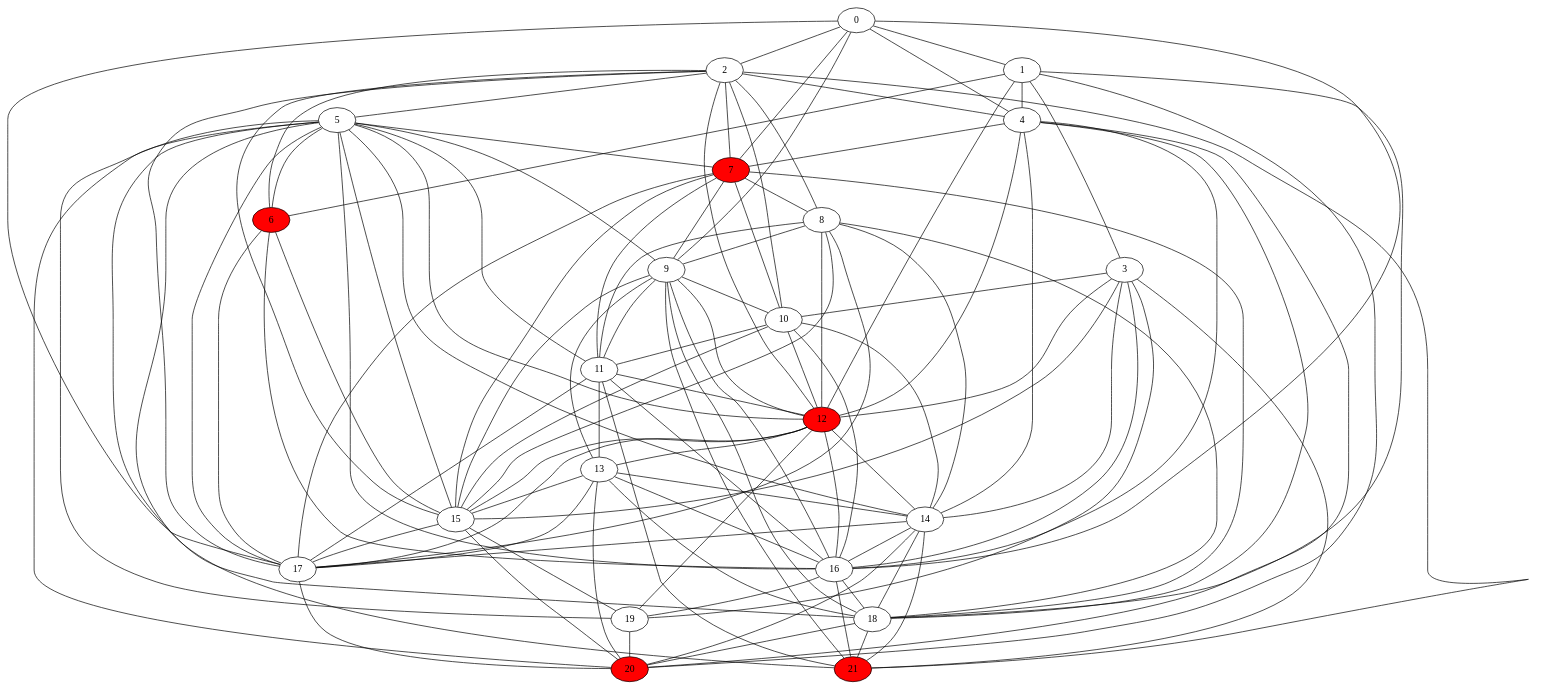
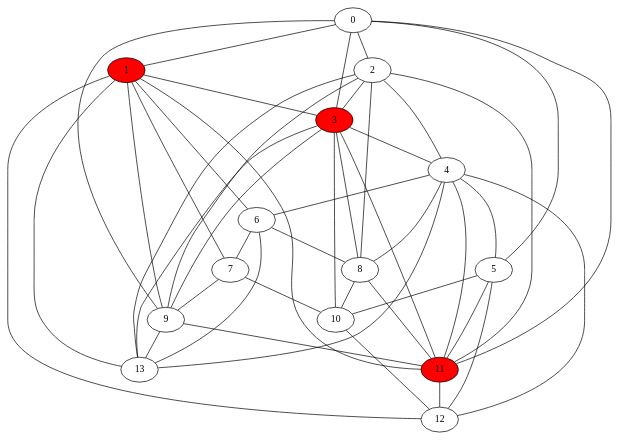
The diagram in vkr/vkr/ReducedDomSet.gv (brimst0ne/vkr), drawn with Graphviz before and after one commit. The commit also changed 17 other files, not shown here.

```diff
--- a/vkr/vkr/ReducedDomSet.gv
+++ b/vkr/vkr/ReducedDomSet.gv
@@ -1,140 +1,64 @@
 graph ReducedDomSet {
 	0;
 	1;
 	2;
 	3;
 	4;
 	5;
 	6;
 	7;
 	8;
 	9;
 	10;
 	11;
 	12;
 	13;
-	14;
-	15;
-	16;
-	17;
-	18;
-	19;
-	20;
-	21;
 	0 -- 1;
 	0 -- 2;
-	0 -- 4;
-	0 -- 7;
+	0 -- 3;
+	0 -- 5;
 	0 -- 9;
-	0 -- 16;
-	0 -- 17;
+	0 -- 11;
 	1 -- 3;
-	1 -- 4;
 	1 -- 6;
+	1 -- 7;
+	1 -- 9;
+	1 -- 11;
 	1 -- 12;
-	1 -- 18;
-	1 -- 20;
+	1 -- 13;
+	2 -- 3;
 	2 -- 4;
-	2 -- 5;
-	2 -- 6;
-	2 -- 7;
 	2 -- 8;
-	2 -- 10;
-	2 -- 12;
-	2 -- 15;
-	2 -- 17;
-	2 -- 21;
+	2 -- 9;
+	2 -- 11;
+	2 -- 13;
+	3 -- 4;
+	3 -- 8;
+	3 -- 9;
 	3 -- 10;
-	3 -- 12;
-	3 -- 14;
-	3 -- 15;
-	3 -- 16;
-	3 -- 19;
-	3 -- 21;
-	4 -- 7;
+	3 -- 11;
+	3 -- 13;
+	4 -- 5;
+	4 -- 6;
+	4 -- 8;
+	4 -- 11;
 	4 -- 12;
-	4 -- 14;
-	4 -- 16;
-	4 -- 18;
-	4 -- 20;
-	5 -- 6;
-	5 -- 7;
-	5 -- 9;
+	4 -- 13;
+	5 -- 10;
 	5 -- 11;
 	5 -- 12;
-	5 -- 14;
-	5 -- 15;
-	5 -- 16;
-	5 -- 17;
-	5 -- 18;
-	5 -- 19;
-	5 -- 20;
-	5 -- 21;
-	6 -- 15;
-	6 -- 16;
-	6 -- 17;
-	7 -- 8;
+	6 -- 7;
+	6 -- 8;
+	6 -- 13;
 	7 -- 9;
 	7 -- 10;
-	7 -- 11;
-	7 -- 15;
-	7 -- 17;
-	7 -- 18;
-	8 -- 9;
+	8 -- 10;
 	8 -- 11;
-	8 -- 12;
-	8 -- 14;
-	8 -- 15;
-	8 -- 17;
-	8 -- 18;
-	9 -- 10;
 	9 -- 11;
-	9 -- 12;
 	9 -- 13;
-	9 -- 15;
-	9 -- 16;
-	9 -- 18;
-	9 -- 21;
-	10 -- 11;
 	10 -- 12;
-	10 -- 14;
-	10 -- 15;
-	10 -- 16;
 	11 -- 12;
-	11 -- 13;
-	11 -- 16;
-	11 -- 17;
-	11 -- 21;
-	12 -- 13;
-	12 -- 14;
-	12 -- 15;
-	12 -- 16;
-	12 -- 17;
-	12 -- 19;
-	13 -- 14;
-	13 -- 15;
-	13 -- 16;
-	13 -- 17;
-	13 -- 18;
-	13 -- 20;
-	14 -- 16;
-	14 -- 17;
-	14 -- 18;
-	14 -- 20;
-	14 -- 21;
-	15 -- 17;
-	15 -- 19;
-	15 -- 20;
-	16 -- 18;
-	16 -- 19;
-	16 -- 21;
-	17 -- 20;
-	18 -- 20;
-	18 -- 21;
-	19 -- 20;
-    12 [style=filled, fillcolor=red];
-    7 [style=filled, fillcolor=red];
-    20 [style=filled, fillcolor=red];
-    21 [style=filled, fillcolor=red];
-    6 [style=filled, fillcolor=red];
+    3 [style=filled, fillcolor=red];
+    11 [style=filled, fillcolor=red];
+    1 [style=filled, fillcolor=red];
 }
```
